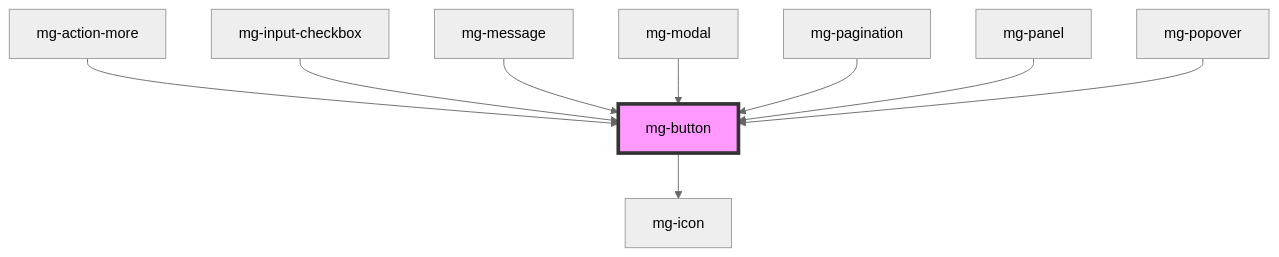
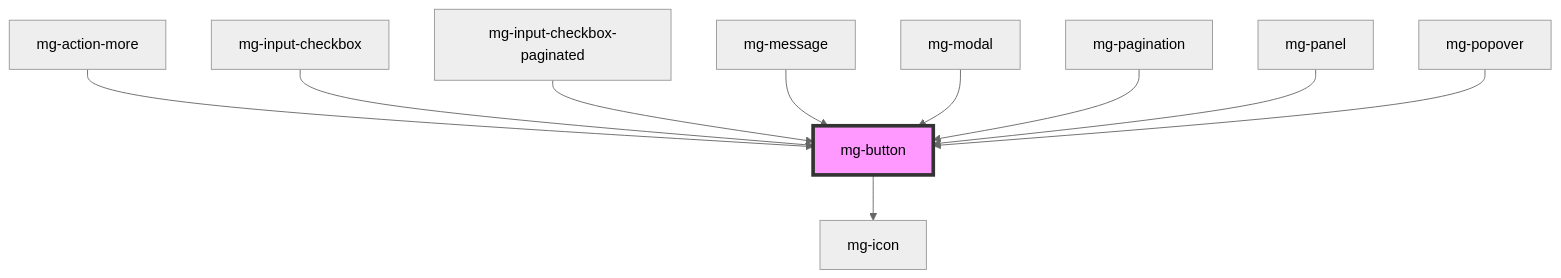
Before and after one commit to MGDIS/core-ui: the diagram in packages/mg-components/src/components/atoms/mg-button/readme.md, drawn with Mermaid (neutral theme). The commit also changed other lines of this file and 32 other files, not shown here.

First line of the commit message:
feat(mgInputCheckbox): init section on component

````diff
--- a/packages/mg-components/src/components/atoms/mg-button/readme.md
+++ b/packages/mg-components/src/components/atoms/mg-button/readme.md
@@ -108,12 +109,13 @@
 ```mermaid
 graph TD;
   mg-button --> mg-icon
   mg-action-more --> mg-button
   mg-input-checkbox --> mg-button
+  mg-input-checkbox-paginated --> mg-button
   mg-message --> mg-button
   mg-modal --> mg-button
   mg-pagination --> mg-button
   mg-panel --> mg-button
   mg-popover --> mg-button
   style mg-button fill:#f9f,stroke:#333,stroke-width:4px
 ```
````
